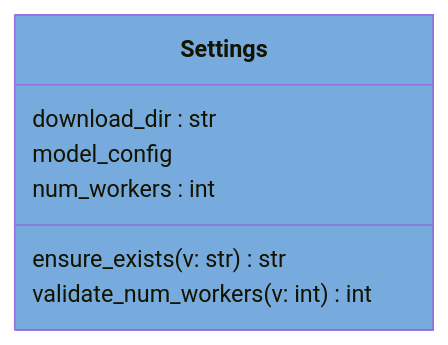
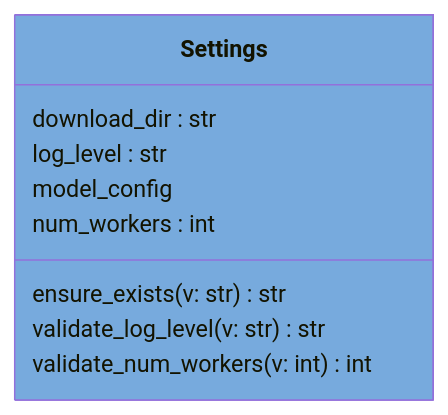
Before and after one commit to voidsy-gmbh/pyThermoNDT: the diagram in docs/pyreverse/mermaid/classes_Overview.mmd, drawn with Mermaid. The commit also changed 10 other files, not shown here.

```diff
--- a/docs/pyreverse/mermaid/classes_Overview.mmd
+++ b/docs/pyreverse/mermaid/classes_Overview.mmd
@@ -1,9 +1,11 @@
 classDiagram
   class Settings {
     download_dir : str
+    log_level : str
     model_config
     num_workers : int
     ensure_exists(v: str) str
+    validate_log_level(v: str) str
     validate_num_workers(v: int) int
   }
   style Settings fill:#77AADD
```
